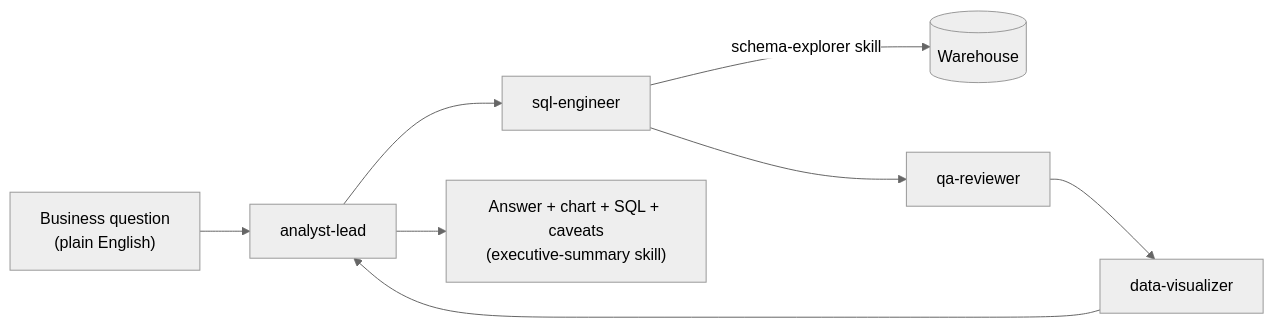
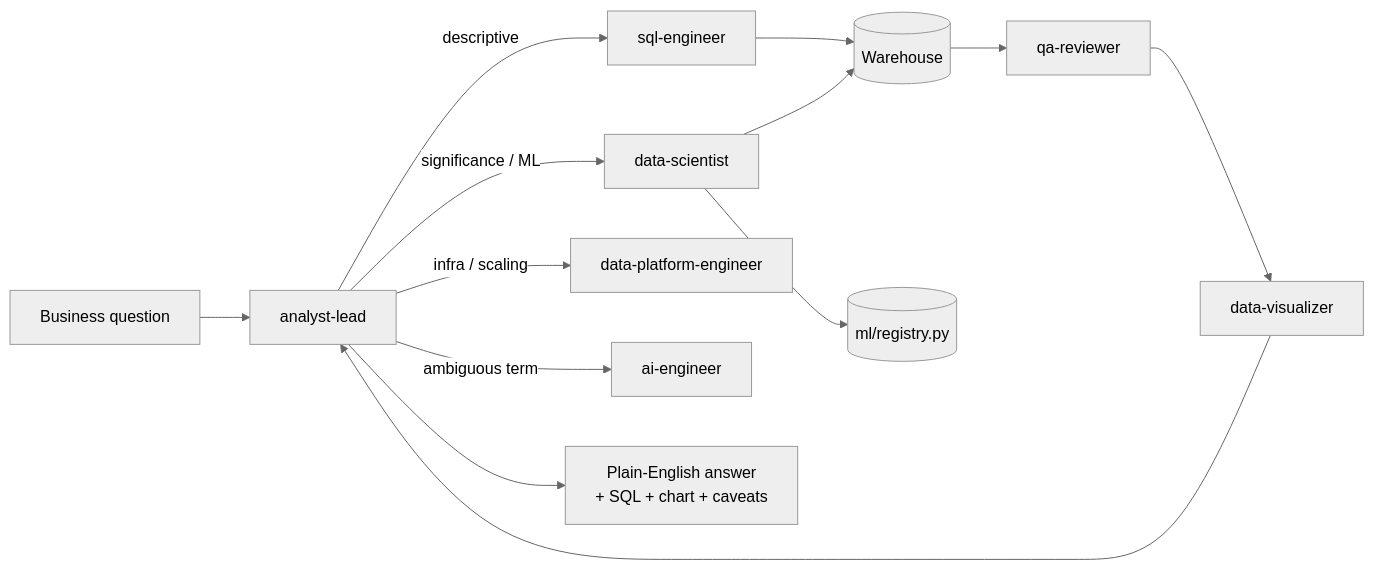
Before and after one commit to rithikahaha/AI-Data-Analyst-Claude-Code: the diagram in README.md, drawn with Mermaid (neutral theme). The commit also changed other lines of this file and 49 other files, not shown here.

````diff
--- a/README.md
+++ b/README.md
@@ -15,10 +37,15 @@
 ```mermaid
 flowchart LR
-    Q["Business question\n(plain English)"] --> Lead[analyst-lead]
-    Lead --> SQL[sql-engineer]
-    SQL -- "schema-explorer skill" --> WH[(Warehouse)]
-    SQL --> QA[qa-reviewer]
+    Q["Business question"] --> Lead[analyst-lead]
+    Lead -->|descriptive| SQL[sql-engineer]
+    Lead -->|significance / ML| DS[data-scientist]
+    Lead -->|infra / scaling| DPE[data-platform-engineer]
+    Lead -->|ambiguous term| AI[ai-engineer]
+    SQL --> WH[(Warehouse)]
+    DS --> WH
+    DS --> Model[(ml/registry.py)]
+    WH --> QA[qa-reviewer]
     QA --> Viz[data-visualizer]
     Viz --> Lead
-    Lead --> A["Answer + chart + SQL + caveats\n(executive-summary skill)"]
+    Lead --> A["Plain-English answer\n+ SQL + chart + caveats"]
 ```
````
